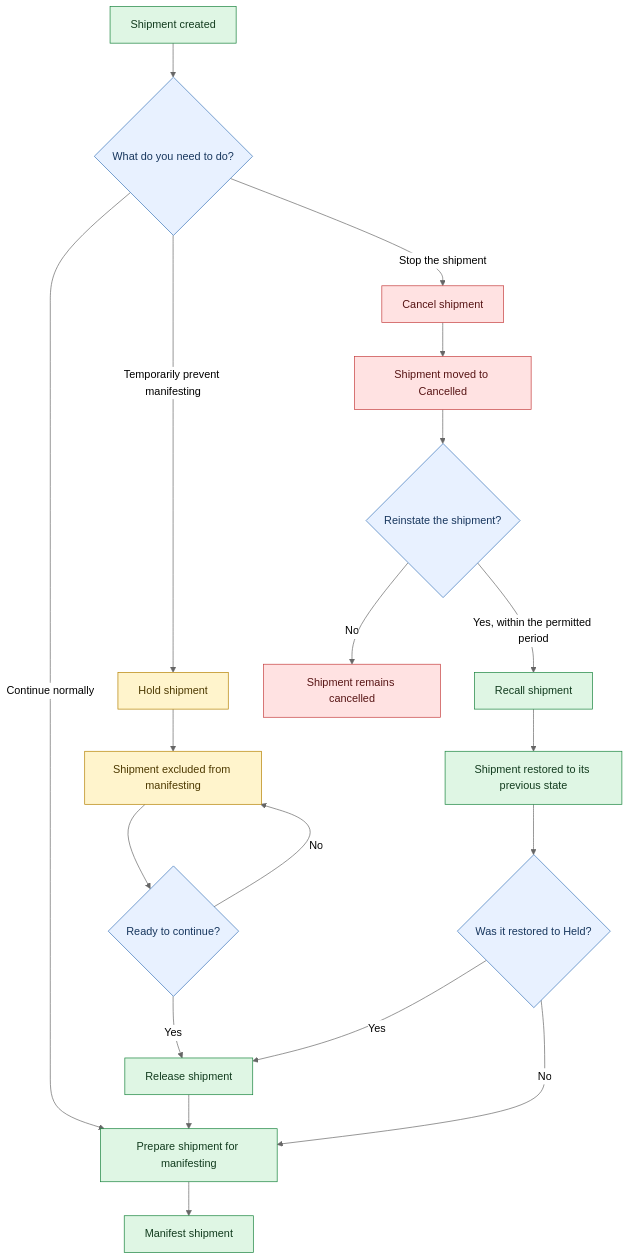
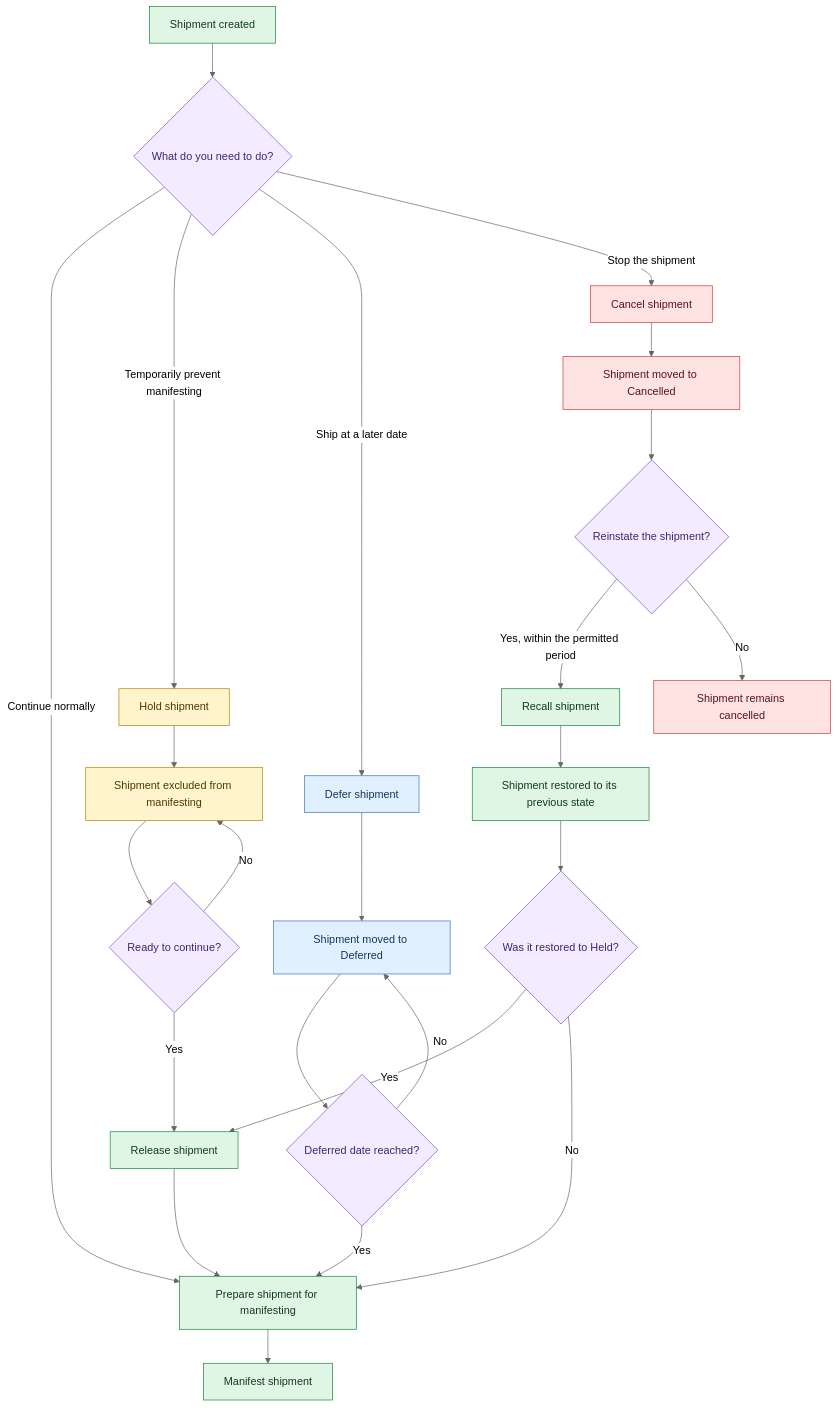
Before and after one commit to SHaroonShah/Readme-Developers-Hub---Production: the diagram in docs/Shipment lifecycle and best practices/shipment-lifecycle-and-best-practices/manage-shipment-status-flow.md, drawn with Mermaid (neutral theme). The commit also changed other lines of this file, not shown here.

Commit message:
Updated "Manage shipment status flow" in docs

````diff
--- a/docs/Shipment lifecycle and best practices/shipment-lifecycle-and-best-practices/manage-shipment-status-flow.md
+++ b/docs/Shipment lifecycle and best practices/shipment-lifecycle-and-best-practices/manage-shipment-status-flow.md
@@ -34,35 +37,48 @@
 ```mermaid
 flowchart TD
+
     A[Shipment created] --> B{What do you need to do?}
 
     B -->|Continue normally| C[Prepare shipment for manifesting]
 
     B -->|Temporarily prevent manifesting| D[Hold shipment]
     D --> E[Shipment excluded from manifesting]
     E --> F{Ready to continue?}
     F -->|Yes| G[Release shipment]
     G --> C
     F -->|No| E
 
+    B -->|Ship at a later date| P[Defer shipment]
+    P --> Q[Shipment moved to Deferred]
+    Q --> R{Deferred date reached?}
+    R -->|Yes| C
+    R -->|No| Q
+
     B -->|Stop the shipment| H[Cancel shipment]
     H --> I[Shipment moved to Cancelled]
+
     I --> J{Reinstate the shipment?}
+
     J -->|Yes, within the permitted period| K[Recall shipment]
     K --> L[Shipment restored to its previous state]
+
     L --> M{Was it restored to Held?}
     M -->|Yes| G
     M -->|No| C
+
     J -->|No| N[Shipment remains cancelled]
 
     C --> O[Manifest shipment]
 
     classDef happy fill:#dff6e4,stroke:#16823b,color:#123b1e;
     classDef hold fill:#fff4cc,stroke:#b58100,color:#4d3900;
+    classDef deferred fill:#e0f0ff,stroke:#3973b8,color:#17365d;
     classDef cancel fill:#ffe2e2,stroke:#c53d3d,color:#571515;
-    classDef decision fill:#e8f1ff,stroke:#3973b8,color:#17365d;
+    classDef decision fill:#f3ebff,stroke:#7a52c7,color:#3f276d;
 
     class A,C,G,K,L,O happy;
     class D,E hold;
+    class P,Q deferred;
     class H,I,N cancel;
-    class B,F,J,M decision;
+    class B,F,J,M,R decision;
 ```
````
